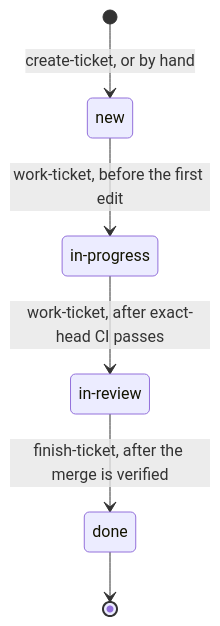
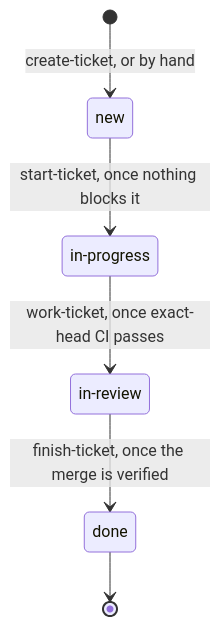
Before and after one commit to rogsme/tkt: the seventh of 7 diagrams in docs/lifecycle.md, drawn with Mermaid. The commit also changed other lines of this file and 4 other files, not shown here.

````diff
--- a/docs/lifecycle.md
+++ b/docs/lifecycle.md
@@ -333,12 +333,12 @@
 ```mermaid
 stateDiagram-v2
   state "new" as new
   state "in-progress" as progress
   state "in-review" as review
   state "done" as done
   [*] --> new: create-ticket, or by hand
-  new --> progress: work-ticket, before the first edit
-  progress --> review: work-ticket, after exact-head CI passes
-  review --> done: finish-ticket, after the merge is verified
+  new --> progress: start-ticket, once nothing blocks it
+  progress --> review: work-ticket, once exact-head CI passes
+  review --> done: finish-ticket, once the merge is verified
   done --> [*]
 ```
````
